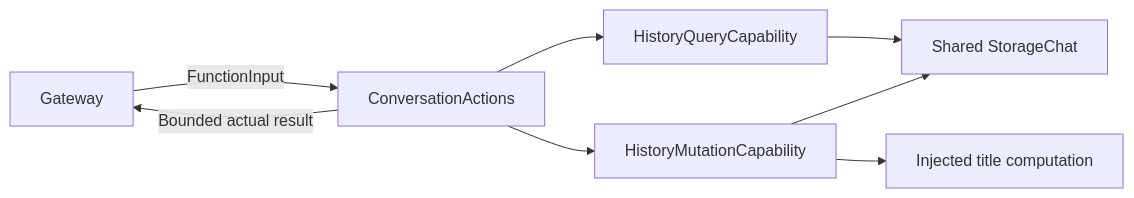
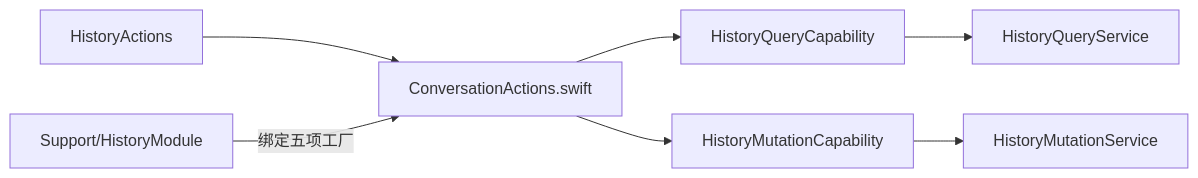
Before and after one commit to devilyouwei/MobileHarness: the second of 2 diagrams in MobileHarness/Actions/History/README.md, drawn with Mermaid. The commit also changed other lines of this file and 108 other files, not shown here.

First line of the commit message:
refactor: split conversation storage and refine history UI

````diff
--- a/MobileHarness/Actions/History/README.md
+++ b/MobileHarness/Actions/History/README.md
@@ -15,10 +23,9 @@
 ```mermaid
 flowchart LR
- Gateway -->|FunctionInput| History[ConversationActions]
- History --> Query[HistoryQueryCapability]
- History --> Mutation[HistoryMutationCapability]
- Query --> Storage[Shared StorageChat]
- Mutation --> Storage
- Mutation --> Title[Injected title computation]
- History -->|Bounded actual result| Gateway
+    Namespace[HistoryActions] --> Entries[ConversationActions.swift]
+    Module[Support/HistoryModule] -->|绑定五项工厂| Entries
+    Entries --> Query[HistoryQueryCapability]
+    Entries --> Mutation[HistoryMutationCapability]
+    Query --> QueryService[HistoryQueryService]
+    Mutation --> MutationService[HistoryMutationService]
 ```
````
